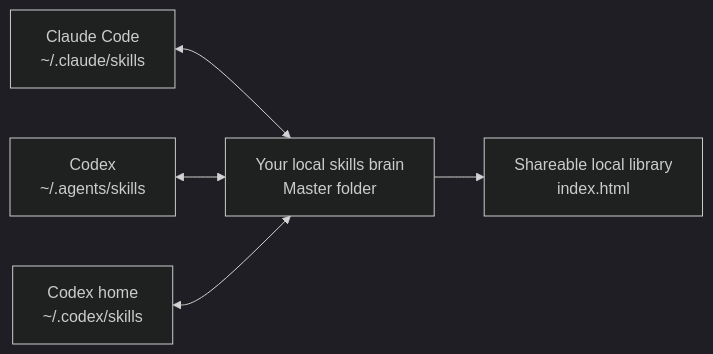
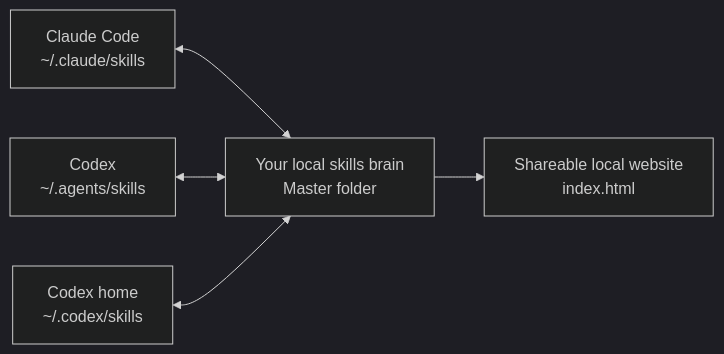
Before and after one commit to richling98/skillmaster: the diagram in README.md, drawn with Mermaid (dark theme).

Commit message:
Rename "Shareable local library" to "Shareable local website" in diagram

````diff
--- a/README.md
+++ b/README.md
@@ -16,13 +16,13 @@
 ```mermaid
 flowchart LR
   claude["Claude Code<br/>~/.claude/skills"]
   codexAgents["Codex<br/>~/.agents/skills"]
   codexHome["Codex home<br/>~/.codex/skills"]
   brain["Your local skills brain<br/>Master folder"]
-  library["Shareable local library<br/>index.html"]
+  library["Shareable local website<br/>index.html"]
 
   claude <--> brain
   codexAgents <--> brain
   codexHome <--> brain
   brain --> library
 ```
````
